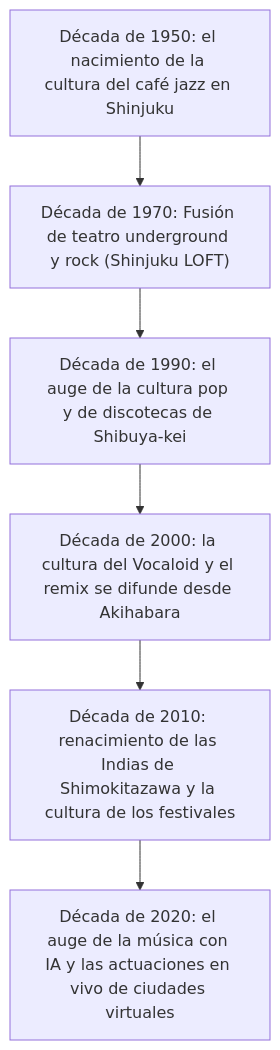
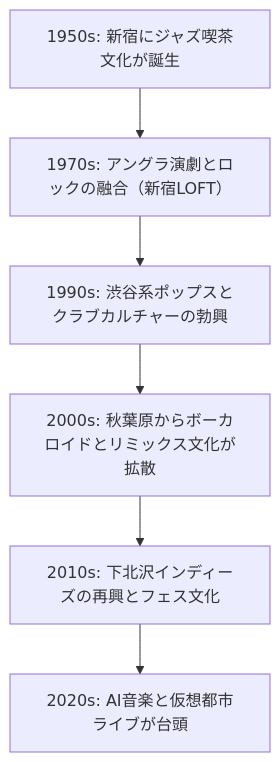
One commit to monumental-movement/monumental-movement.github.io changed the first of 2 diagrams in es/_posts/2025-10-23-column-tokyo-sound-layers.md. Above: the diagram before and after it, drawn with Mermaid. The commit also changed other lines of this file and 299 other files, not shown here.

```diff
--- a/es/_posts/2025-10-23-column-tokyo-sound-layers.md
+++ b/es/_posts/2025-10-23-column-tokyo-sound-layers.md
@@ -129,19 +129,19 @@
 <div class="mermaid">
 
 flowchart TD
 
-    A1950["Década de 1950: el nacimiento de la cultura del café jazz en Shinjuku"]
-    A1970["Década de 1970: Fusión de teatro underground y rock (Shinjuku LOFT)"]
-    A1990["Década de 1990: el auge de la cultura pop y de discotecas de Shibuya-kei"]
-    A2000["Década de 2000: la cultura del Vocaloid y el remix se difunde desde Akihabara"]
-    A2010["Década de 2010: renacimiento de las Indias de Shimokitazawa y la cultura de los festivales"]
-    A2020["Década de 2020: el auge de la música con IA y las actuaciones en vivo de ciudades virtuales"]
+    A1950["1950s: 新宿にジャズ喫茶文化が誕生"]
+    A1970["1970s: アングラ演劇とロックの融合（新宿LOFT）"]
+    A1990["1990s: 渋谷系ポップスとクラブカルチャーの勃興"]
+    A2000["2000s: 秋葉原からボーカロイドとリミックス文化が拡散"]
+    A2010["2010s: 下北沢インディーズの再興とフェス文化"]
+    A2020["2020s: AI音楽と仮想都市ライブが台頭"]
 
     A1950 --> A1970
     A1970 --> A1990
     A1990 --> A2000
     A2000 --> A2010
     A2010 --> A2020
 
 
 </div>
```
